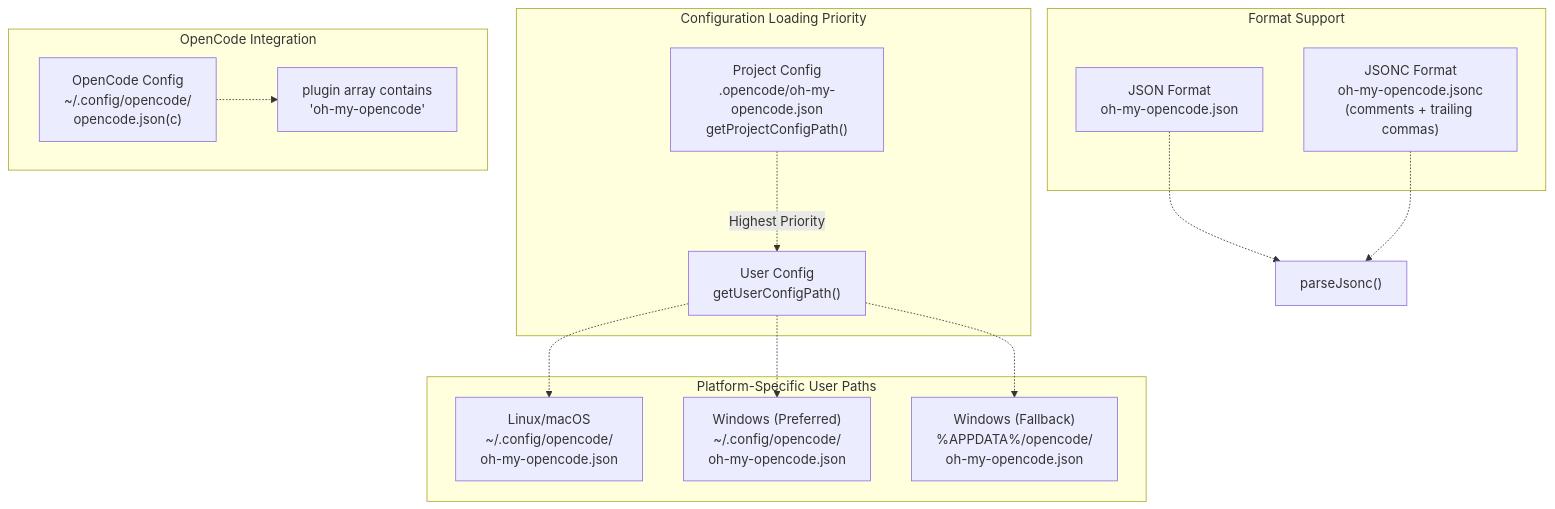
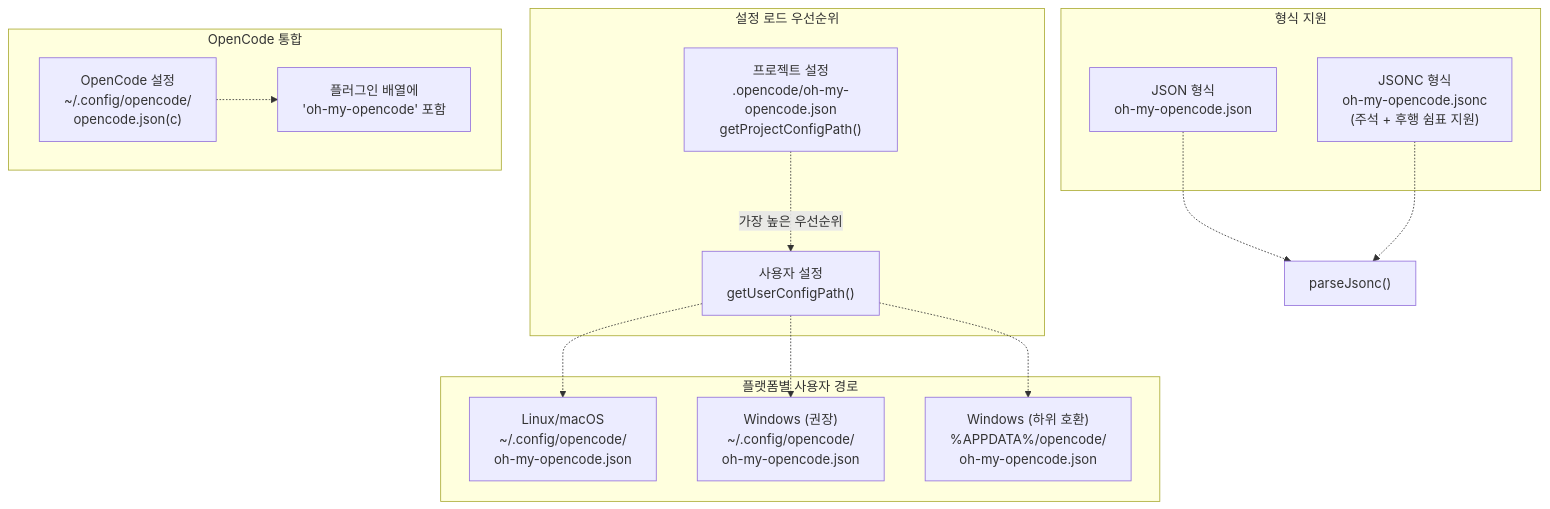
Before and after one commit to felipetruman/oh-my-opencode-docs: the second of 3 diagrams in docs/getting-started/index.md, drawn with Mermaid. The commit also changed other lines of this file and 76 other files, not shown here.

````diff
--- a/docs/getting-started/index.md
+++ b/docs/getting-started/index.md
@@ -141,43 +125,43 @@
 ```mermaid
 flowchart TD
 
-OpencodeConfig["OpenCode Config<br>~/.config/opencode/<br>opencode.json(c)"]
-PluginArray["plugin array contains<br>'oh-my-opencode'"]
-Project["Project Config<br>.opencode/oh-my-opencode.json<br>getProjectConfigPath()"]
-User["User Config<br>getUserConfigPath()"]
+OpencodeConfig["OpenCode 설정<br>~/.config/opencode/<br>opencode.json(c)"]
+PluginArray["플러그인 배열에<br>'oh-my-opencode' 포함"]
+Project["프로젝트 설정<br>.opencode/oh-my-opencode.json<br>getProjectConfigPath()"]
+User["사용자 설정<br>getUserConfigPath()"]
 Linux["Linux/macOS<br>~/.config/opencode/<br>oh-my-opencode.json"]
-WinCross["Windows (Preferred)<br>~/.config/opencode/<br>oh-my-opencode.json"]
-WinAppData["Windows (Fallback)<br>%APPDATA%/opencode/<br>oh-my-opencode.json"]
-Json["JSON Format<br>oh-my-opencode.json"]
-Jsonc["JSONC Format<br>oh-my-opencode.jsonc<br>(comments + trailing commas)"]
+WinCross["Windows (권장)<br>~/.config/opencode/<br>oh-my-opencode.json"]
+WinAppData["Windows (하위 호환)<br>%APPDATA%/opencode/<br>oh-my-opencode.json"]
+Json["JSON 형식<br>oh-my-opencode.json"]
+Jsonc["JSONC 형식<br>oh-my-opencode.jsonc<br>(주석 + 후행 쉼표 지원)"]
 parseJsonc["parseJsonc()"]
 
 User -.-> Linux
 User -.-> WinCross
 User -.-> WinAppData
 Json -.-> parseJsonc
 Jsonc -.-> parseJsonc
 
-subgraph subGraph3 ["Format Support"]
+subgraph subGraph3 ["형식 지원"]
     Json
     Jsonc
 end
 
-subgraph subGraph1 ["Platform-Specific User Paths"]
+subgraph subGraph1 ["플랫폼별 사용자 경로"]
     Linux
     WinCross
     WinAppData
 end
 
-subgraph subGraph0 ["Configuration Loading Priority"]
+subgraph subGraph0 ["설정 로드 우선순위"]
     Project
     User
-    Project -.->|"Highest Priority"| User
+    Project -.->|"가장 높은 우선순위"| User
 end
 
-subgraph subGraph2 ["OpenCode Integration"]
+subgraph subGraph2 ["OpenCode 통합"]
     OpencodeConfig
     PluginArray
     OpencodeConfig -.-> PluginArray
 end
 ```
````
